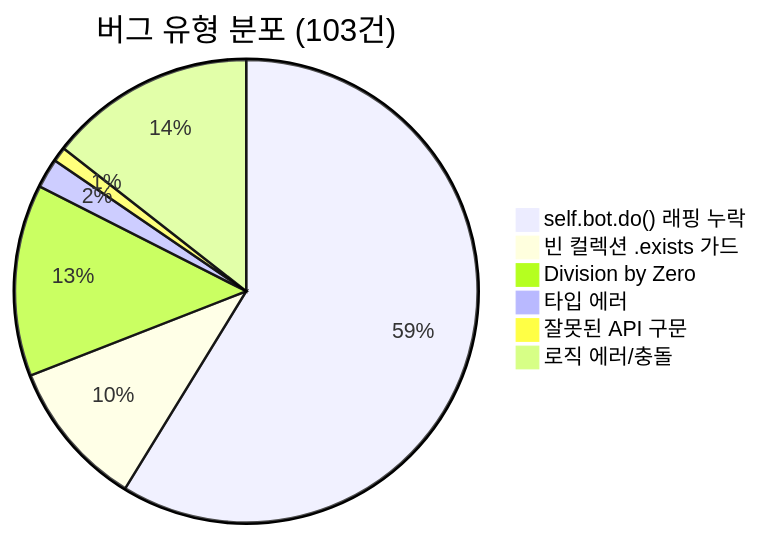
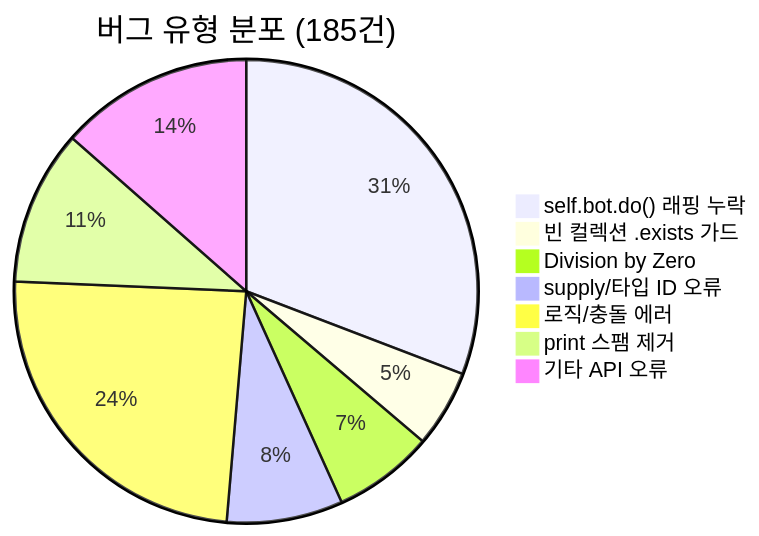
Before and after one commit to sun475300-sudo/Swarm-control-in-sc2bot: diagram 22 of 29 in README.md, drawn with Mermaid. The commit also changed other lines of this file, not shown here.

````diff
--- a/README.md
+++ b/README.md
@@ -1358,9 +944,10 @@
 ```mermaid
-pie title 버그 유형 분포 (103건)
+pie title 버그 유형 분포 (185건)
     "self.bot.do() 래핑 누락" : 57
     "빈 컬렉션 .exists 가드" : 10
     "Division by Zero" : 13
-    "타입 에러" : 2
-    "잘못된 API 구문" : 1
-    "로직 에러/충돌" : 14
+    "supply/타입 ID 오류" : 15
+    "로직/충돌 에러" : 45
+    "print 스팸 제거" : 20
+    "기타 API 오류" : 25
 ```
````
